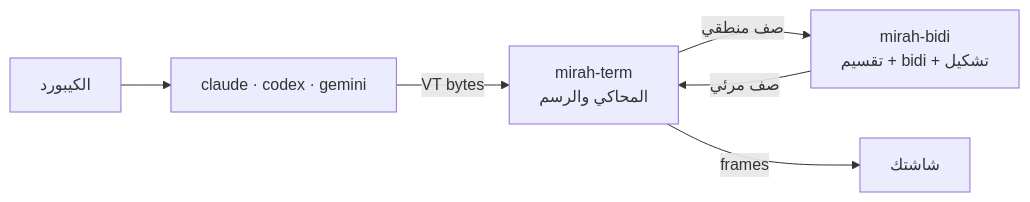
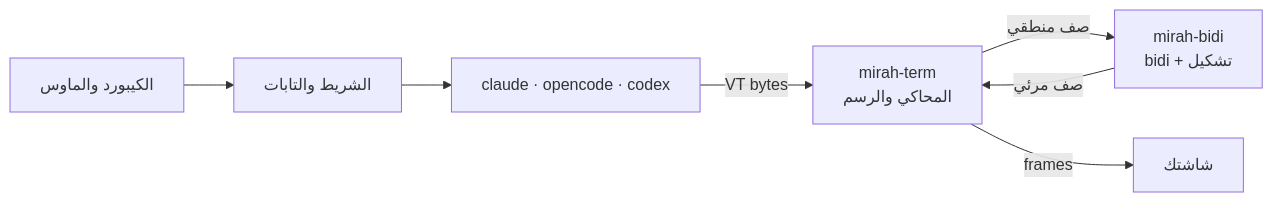
Before and after one commit to Khaymah/mirah: the diagram in README.md, drawn with Mermaid. The commit also changed other lines of this file and 12 other files, not shown here.

````diff
--- a/README.md
+++ b/README.md
@@ -235,8 +265,8 @@
 ```mermaid
 flowchart LR
-  APP["claude · codex · gemini"] -->|VT bytes| TERM["mirah-term<br/>المحاكي والرسم"]
-  TERM -->|صف منطقي| BIDI["mirah-bidi<br/>تقسيم + bidi + تشكيل"]
+  APP["claude · opencode · codex"] -->|VT bytes| TERM["mirah-term<br/>المحاكي والرسم"]
+  TERM -->|صف منطقي| BIDI["mirah-bidi<br/>bidi + تشكيل"]
   BIDI -->|صف مرئي| TERM
   TERM -->|frames| SCREEN["شاشتك"]
-  KEYS["الكيبورد"] --> APP
+  KEYS["الكيبورد والماوس"] --> BAR["الشريط والتابات"] --> APP
 ```
````
